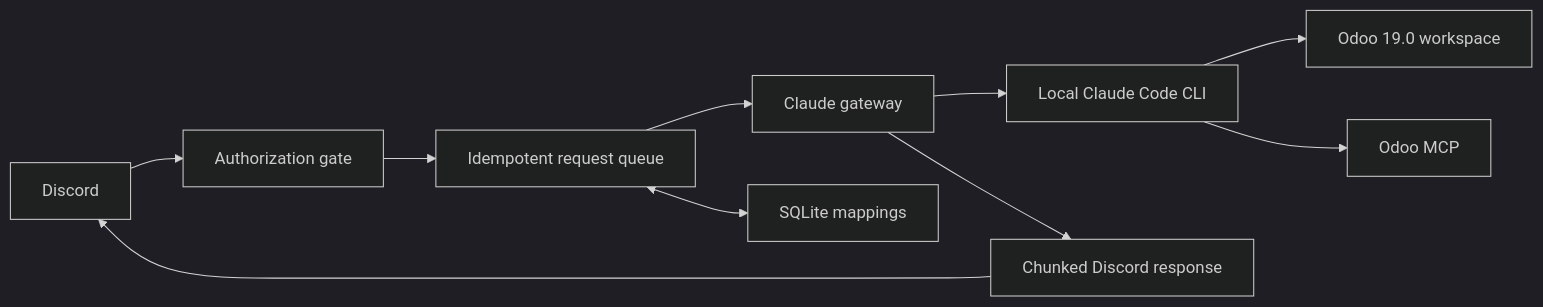
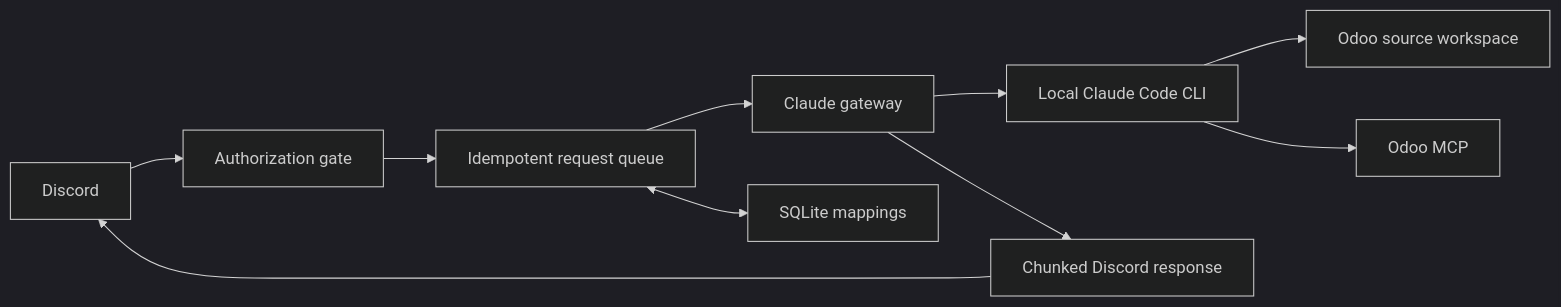
Before and after one commit to axelmanzanilla/odoo-claude-bot: the second of 2 diagrams in README.md, drawn with Mermaid (dark theme). The commit also changed other lines of this file and 11 other files, not shown here.

````diff
--- a/README.md
+++ b/README.md
@@ -74,12 +74,12 @@
 ```mermaid
 flowchart LR
     D["Discord"] --> A["Authorization gate"]
     A --> Q["Idempotent request queue"]
     Q --> G["Claude gateway"]
     G --> CC["Local Claude Code CLI"]
-    CC --> W["Odoo 19.0 workspace"]
+    CC --> W["Odoo source workspace"]
     CC --> M["Odoo MCP"]
     Q <--> DB["SQLite mappings"]
     G --> O["Chunked Discord response"]
     O --> D
 ```
````
